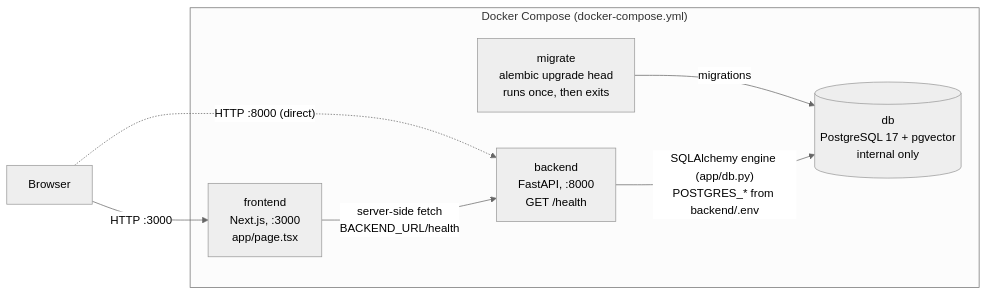
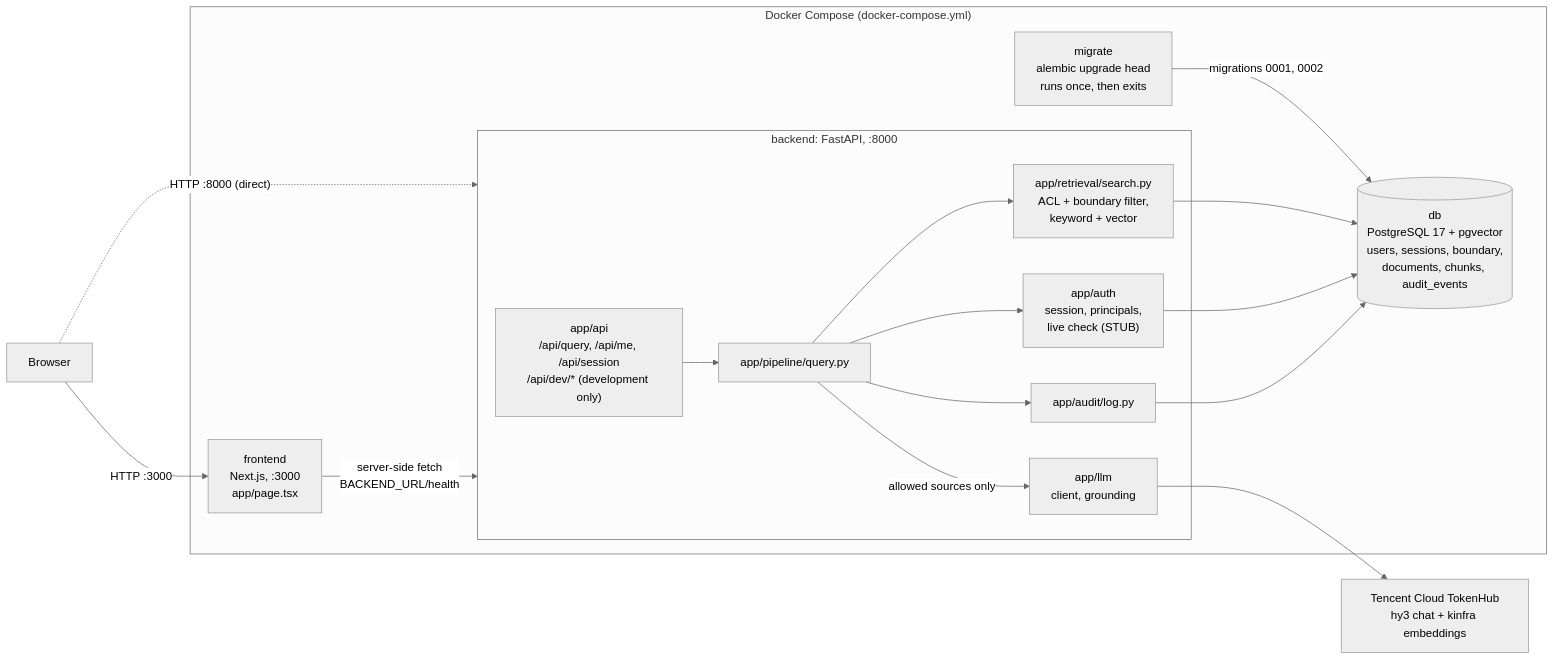
The diagram in docs/architecture/CURRENT.md (gabriel-wan/tencent-hackathon-fintech), drawn with Mermaid (neutral theme) before and after one commit. The commit also changed other lines of this file and 34 other files, not shown here.

Commit message:
feat: add core schema, session auth, permission-filtered query pipeline and tests

````diff
--- a/docs/architecture/CURRENT.md
+++ b/docs/architecture/CURRENT.md
@@ -8,18 +8,33 @@
 ```mermaid
 flowchart LR
     USER["Browser"]
+    TH["Tencent Cloud TokenHub<br/>hy3 chat + kinfra embeddings"]
 
     subgraph COMPOSE["Docker Compose (docker-compose.yml)"]
         FE["frontend<br/>Next.js, :3000<br/>app/page.tsx"]
-        BE["backend<br/>FastAPI, :8000<br/>GET /health"]
+        subgraph BE["backend: FastAPI, :8000"]
+            API["app/api<br/>/api/query, /api/me, /api/session<br/>/api/dev/* (development only)"]
+            PIPE["app/pipeline/query.py"]
+            AUTH["app/auth<br/>session, principals,<br/>live check (STUB)"]
+            SEARCH["app/retrieval/search.py<br/>ACL + boundary filter,<br/>keyword + vector"]
+            LLMC["app/llm<br/>client, grounding"]
+            AUD["app/audit/log.py"]
+        end
         MIG["migrate<br/>alembic upgrade head<br/>runs once, then exits"]
-        DB[("db<br/>PostgreSQL 17 + pgvector<br/>internal only")]
+        DB[("db<br/>PostgreSQL 17 + pgvector<br/>users, sessions, boundary,<br/>documents, chunks, audit_events")]
     end
 
-    MIG -->|"migrations"| DB
-
+    MIG -->|"migrations 0001, 0002"| DB
     USER -->|"HTTP :3000"| FE
     USER -.->|"HTTP :8000 (direct)"| BE
     FE -->|"server-side fetch<br/>BACKEND_URL/health"| BE
-    BE -->|"SQLAlchemy engine (app/db.py)<br/>POSTGRES_* from backend/.env"| DB
+    API --> PIPE
+    PIPE --> AUTH
+    PIPE --> SEARCH
+    PIPE -->|"allowed sources only"| LLMC
+    PIPE --> AUD
+    SEARCH --> DB
+    AUTH --> DB
+    AUD --> DB
+    LLMC --> TH
 ```
````
